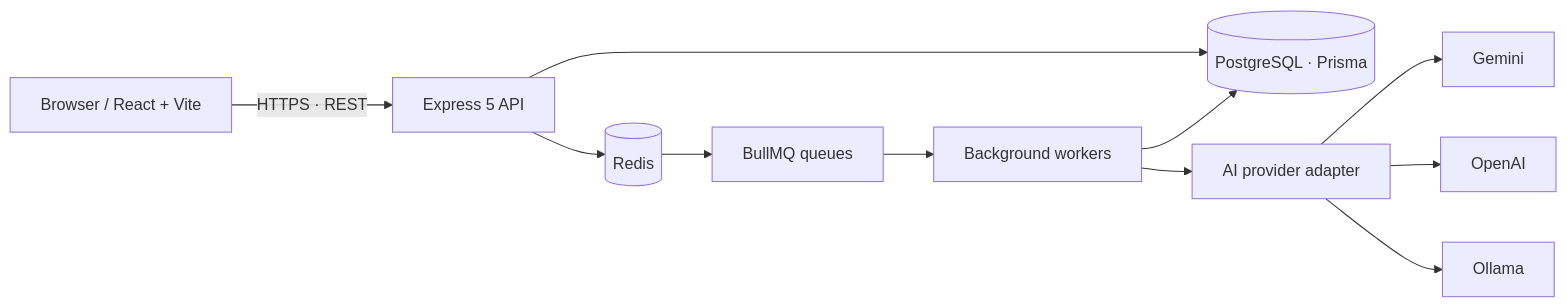
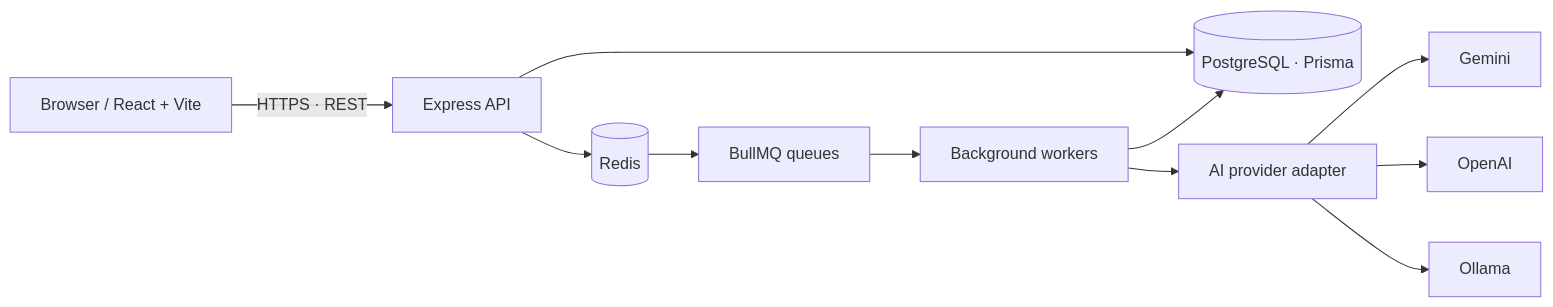
One commit to rishika638/SupportPilotAI changed the diagram in README.MD. Above: the diagram before and after it, drawn with Mermaid. The commit also changed other lines of this file, not shown here.

````diff
--- a/README.MD
+++ b/README.MD
@@ -59,13 +125,13 @@
-```mermaid
+``` mermaid
 flowchart LR
-    U["Browser / React + Vite"] -->|"HTTPS · REST"| API["Express 5 API"]
+    U["Browser / React + Vite"] -->|"HTTPS · REST"| API["Express API"]
     API --> DB[("PostgreSQL · Prisma")]
     API --> R[("Redis")]
     R --> Q["BullMQ queues"]
     Q --> W["Background workers"]
     W --> DB
     W --> AI["AI provider adapter"]
     AI --> G["Gemini"]
     AI --> O["OpenAI"]
     AI --> L["Ollama"]
 ```
````
